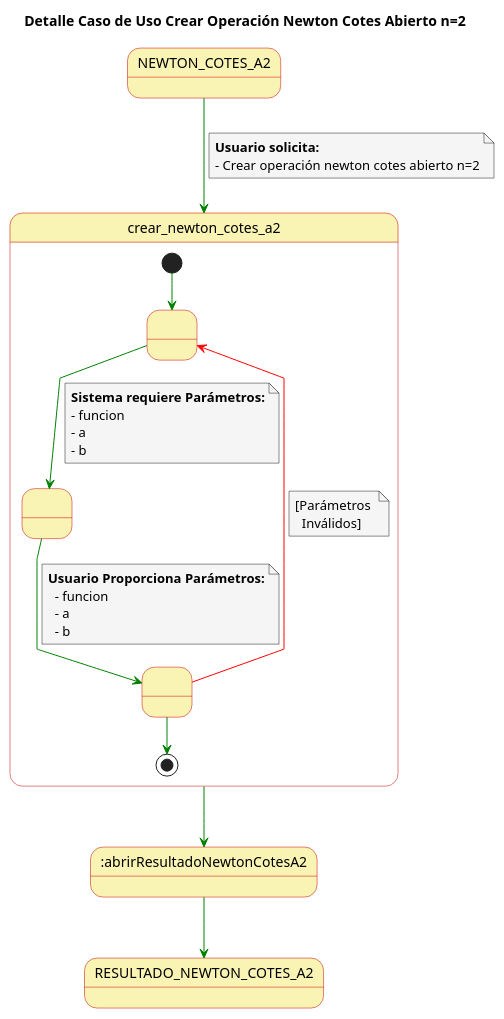
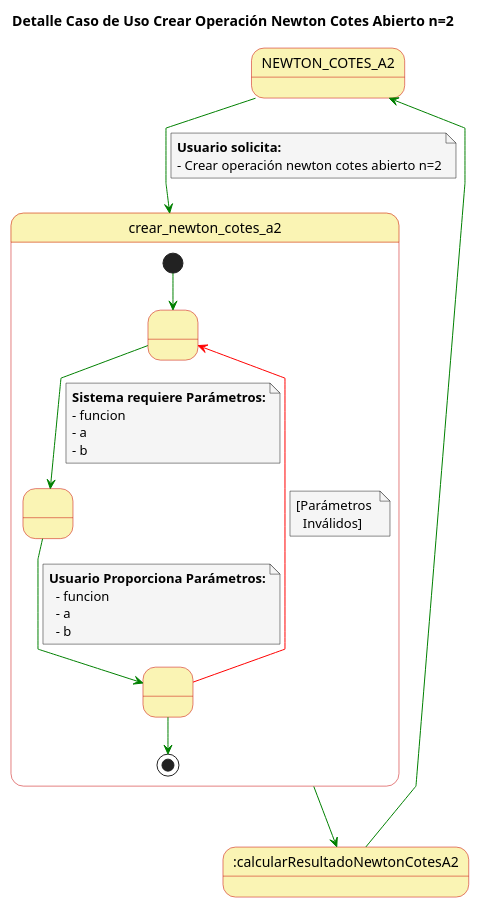
The diagram in casosDeUso/detallesCasosUsoDiferenciacionNumericaEIntegracion/detalleCasoUsoCrearNewtonCotesA2.puml (rodri5villa/numath-API), drawn with PlantUML before and after one commit. The commit also changed 148 other files, not shown here.

```diff
--- a/casosDeUso/detallesCasosUsoDiferenciacionNumericaEIntegracion/detalleCasoUsoCrearNewtonCotesA2.puml
+++ b/casosDeUso/detallesCasosUsoDiferenciacionNumericaEIntegracion/detalleCasoUsoCrearNewtonCotesA2.puml
@@ -1,56 +1,59 @@
 @startuml
+
+top to bottom direction
 
 skinparam state {
   BackgroundColor #faf4b4
   BorderColor #c90000
 }
 
 skinparam note {
   BackgroundColor #f5f5f5
 }
 
 skinparam linetype polyline
 
 title Detalle Caso de Uso Crear Operación Newton Cotes Abierto n=2
 
+state NEWTON_COTES_A2
 
 NEWTON_COTES_A2-[#green]-> crear_newton_cotes_a2
 note on link
   **Usuario solicita:**
   - Crear operación newton cotes abierto n=2
 end note
 
 state crear_newton_cotes_a2{
   state 1 as " "
   state 2 as " "
   state 3 as " "
   
   [*] -[#green]-> 1
   1 -[#green]-> 2
   note on link
       **Sistema requiere Parámetros:**
       - funcion
       - a
       - b
   end note
   2 -[#green]-> 3
   note on link
     **Usuario Proporciona Parámetros:**
       - funcion
       - a
       - b
   end note
   3 -[#red]-> 1
   note on link
     [Parámetros 
       Inválidos]
   end note
   3 -[#green]-> [*]
 
 }
 
-crear_newton_cotes_a2-[#green]-> :abrirResultadoNewtonCotesA2
+crear_newton_cotes_a2-[#green]-> :calcularResultadoNewtonCotesA2
 
-:abrirResultadoNewtonCotesA2-[#green]-> RESULTADO_NEWTON_COTES_A2
+:calcularResultadoNewtonCotesA2-[#green]-> NEWTON_COTES_A2
 
 @enduml
```
